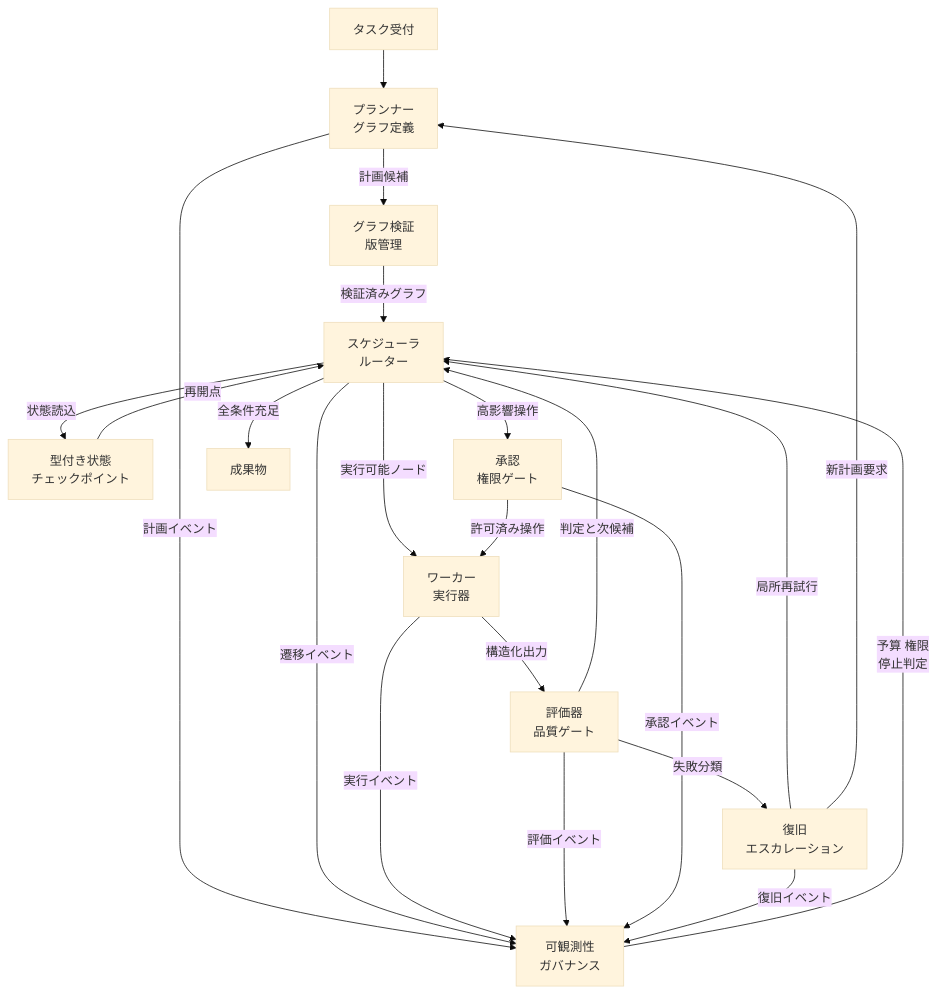
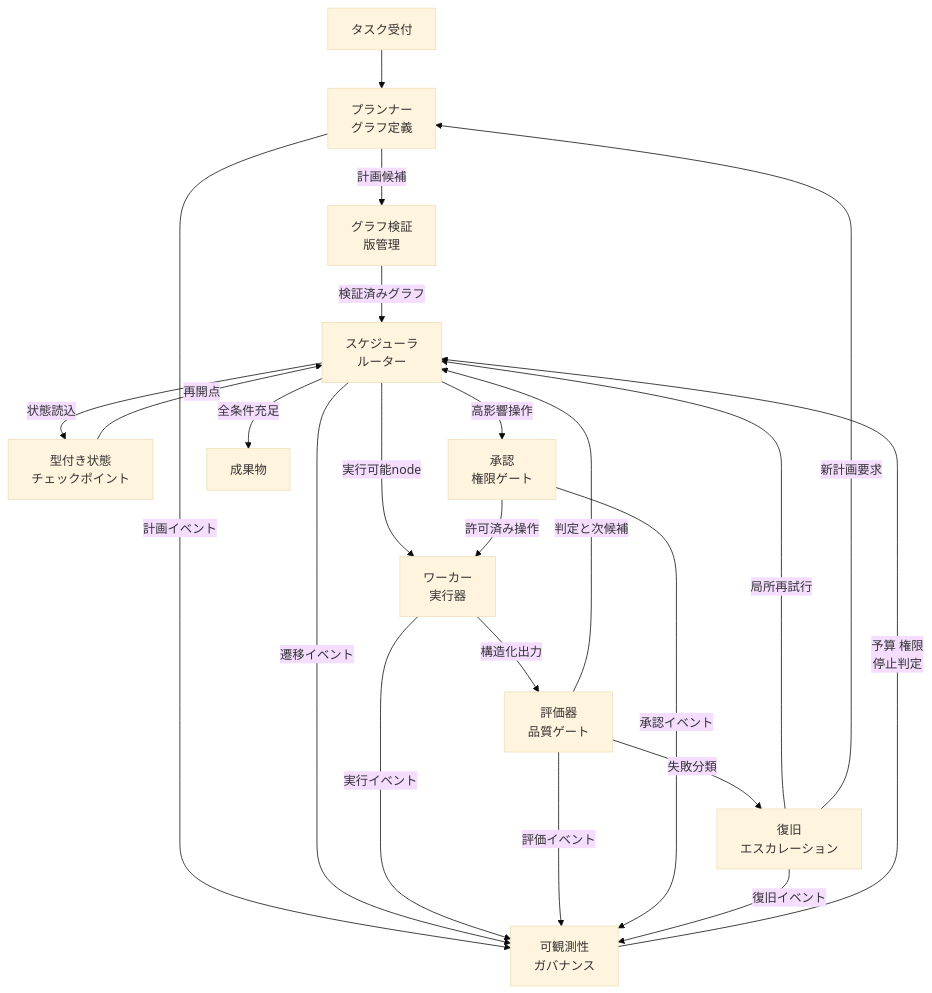
The second of 7 diagrams in articles/graph-engineering_20260727.md (suwa-sh/zenn-contents), drawn with Mermaid (base theme) before and after one commit. The commit also changed other lines of this file and 3 other files, not shown here.

````diff
--- a/articles/graph-engineering_20260727.md
+++ b/articles/graph-engineering_20260727.md
@@ -241,35 +235,35 @@
 ```mermaid
 graph TD
     IN[タスク受付]
     PG["プランナー<br/>グラフ定義"]
     GV["グラフ検証<br/>版管理"]
     SR["スケジューラ<br/>ルーター"]
     SC["型付き状態<br/>チェックポイント"]
     WE["ワーカー<br/>実行器"]
     EG["評価器<br/>品質ゲート"]
     AG["承認<br/>権限ゲート"]
     RC["復旧<br/>エスカレーション"]
     OG["可観測性<br/>ガバナンス"]
     OUT[成果物]
     IN --> PG
     PG -->|計画候補| GV
     GV -->|検証済みグラフ| SR
     SR -->|状態読込| SC
     SC -->|再開点| SR
-    SR -->|実行可能ノード| WE
+    SR -->|実行可能node| WE
     WE -->|構造化出力| EG
     EG -->|判定と次候補| SR
     SR -->|高影響操作| AG
     AG -->|許可済み操作| WE
     EG -->|失敗分類| RC
     RC -->|局所再試行| SR
     RC -->|新計画要求| PG
     SR -->|全条件充足| OUT
     PG -->|計画イベント| OG
     SR -->|遷移イベント| OG
     WE -->|実行イベント| OG
     EG -->|評価イベント| OG
     AG -->|承認イベント| OG
     RC -->|復旧イベント| OG
     OG -->|予算 権限<br/>停止判定| SR
 ```
````
